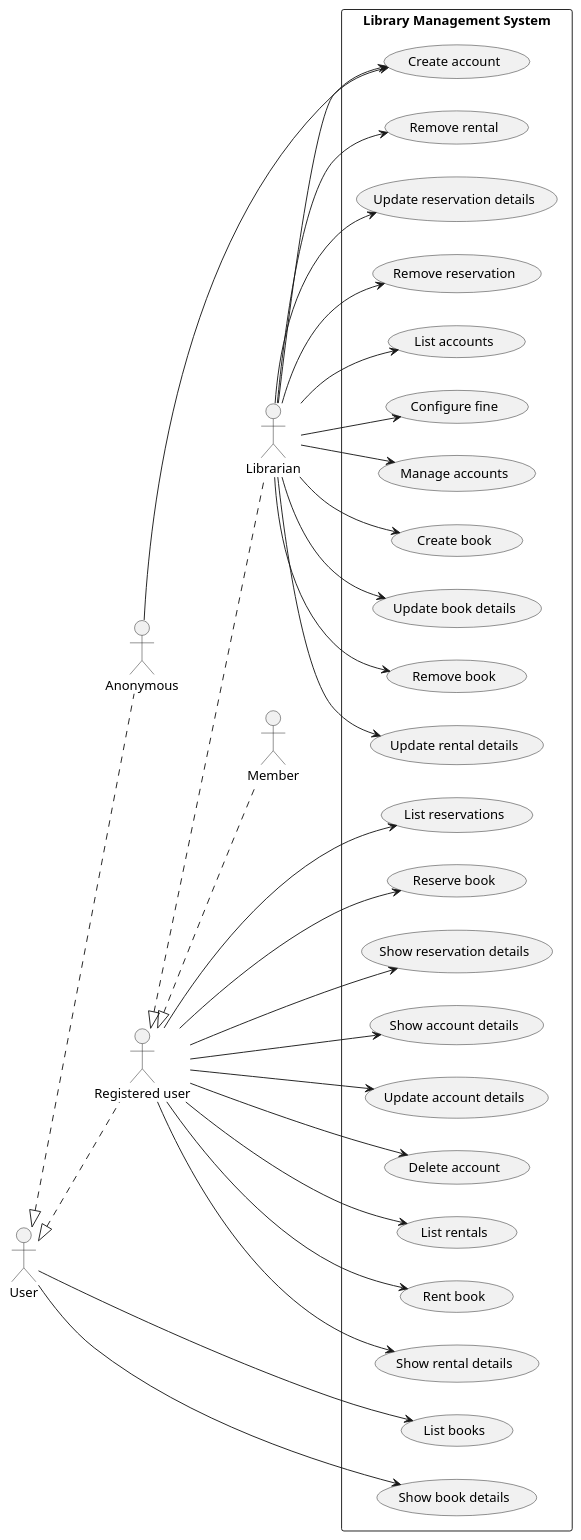
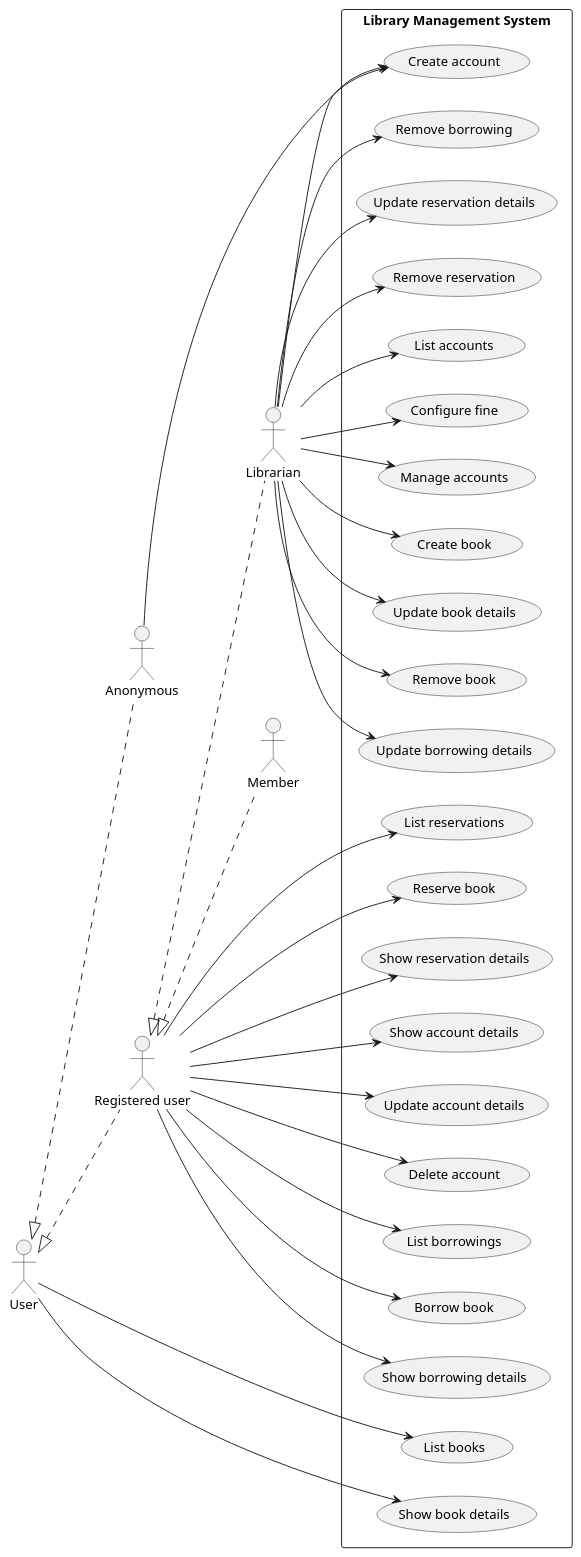
One commit to Crytastic/library-management-system changed the diagram in puml/useCaseDiagram.puml. Above: the diagram before and after it, drawn with PlantUML. The commit also changed 52 other files, not shown here.

Commit message:
Rename Rental to Borrowing

```diff
--- a/puml/useCaseDiagram.puml
+++ b/puml/useCaseDiagram.puml
@@ -1,76 +1,76 @@
 @startuml
 
 left to right direction
 
 actor Librarian
 actor Member
 actor Anonymous
 actor User
 actor "Registered user"
 
 "Registered user" <|.. Librarian
 "Registered user" <|.. Member
 User <|.. "Registered user"
 User <|.. Anonymous
 
 rectangle "Library Management System" {
 
   usecase "List reservations"
   usecase "Reserve book"
   usecase "Show reservation details"
   usecase "Update reservation details"
   usecase "Remove reservation"
 
   usecase "List accounts"
   usecase "Create account"
   usecase "Show account details"
   usecase "Update account details"
   usecase "Delete account"
   usecase "Manage accounts"
 
   usecase "List books"
   usecase "Create book"
   usecase "Show book details"
   usecase "Update book details"
   usecase "Remove book"
 
-  usecase "List rentals"
-  usecase "Rent book"
-  usecase "Show rental details"
-  usecase "Update rental details"
-  usecase "Remove rental"
+  usecase "List borrowings"
+  usecase "Borrow book"
+  usecase "Show borrowing details"
+  usecase "Update borrowing details"
+  usecase "Remove borrowing"
 
   usecase "Configure fine"
 
 
 }
 
 Anonymous --> "Create account"
 
 User --> "List books"
 User --> "Show book details"
 
 Librarian --> "Update reservation details"
 Librarian --> "Remove reservation"
 Librarian --> "List accounts"
 Librarian --> "Create account"
 Librarian --> "Manage accounts"
 Librarian --> "Create book"
 Librarian --> "Remove book"
 Librarian --> "Update book details"
 Librarian --> "Configure fine"
-Librarian --> "Update rental details"
-Librarian --> "Remove rental"
+Librarian --> "Update borrowing details"
+Librarian --> "Remove borrowing"
 
 "Registered user" --> "List reservations"
 "Registered user" --> "Reserve book"
 "Registered user" --> "Show reservation details"
 "Registered user" --> "Show account details"
 "Registered user" --> "Update account details"
 "Registered user" --> "Delete account"
-"Registered user" --> "List rentals"
-"Registered user" --> "Rent book"
-"Registered user" --> "Show rental details"
+"Registered user" --> "List borrowings"
+"Registered user" --> "Borrow book"
+"Registered user" --> "Show borrowing details"
 
 
 @enduml
```
